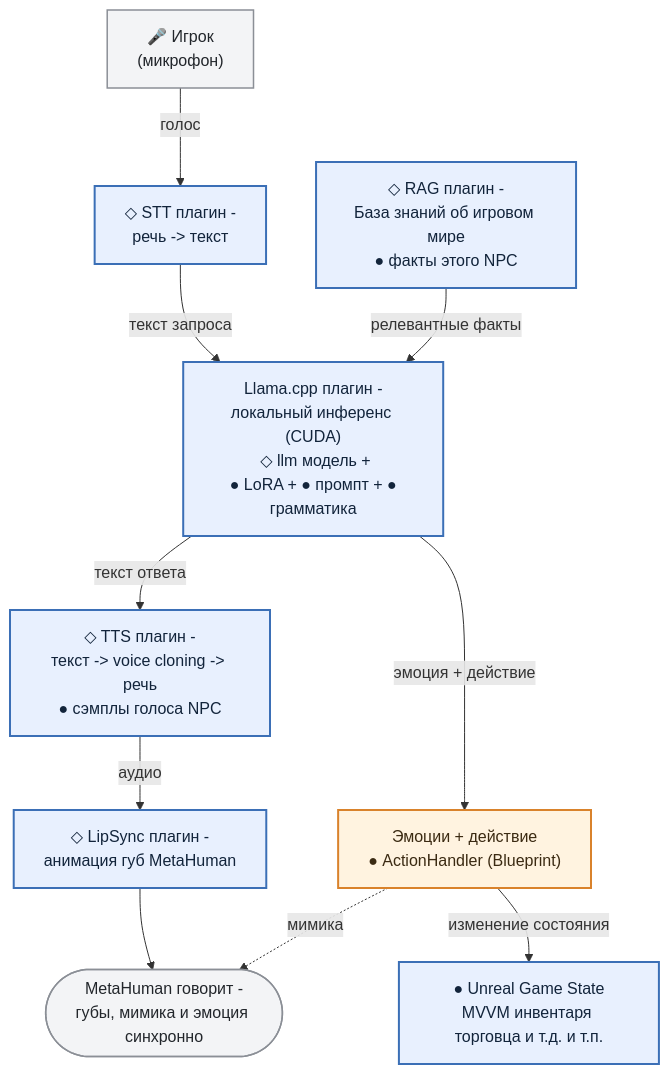
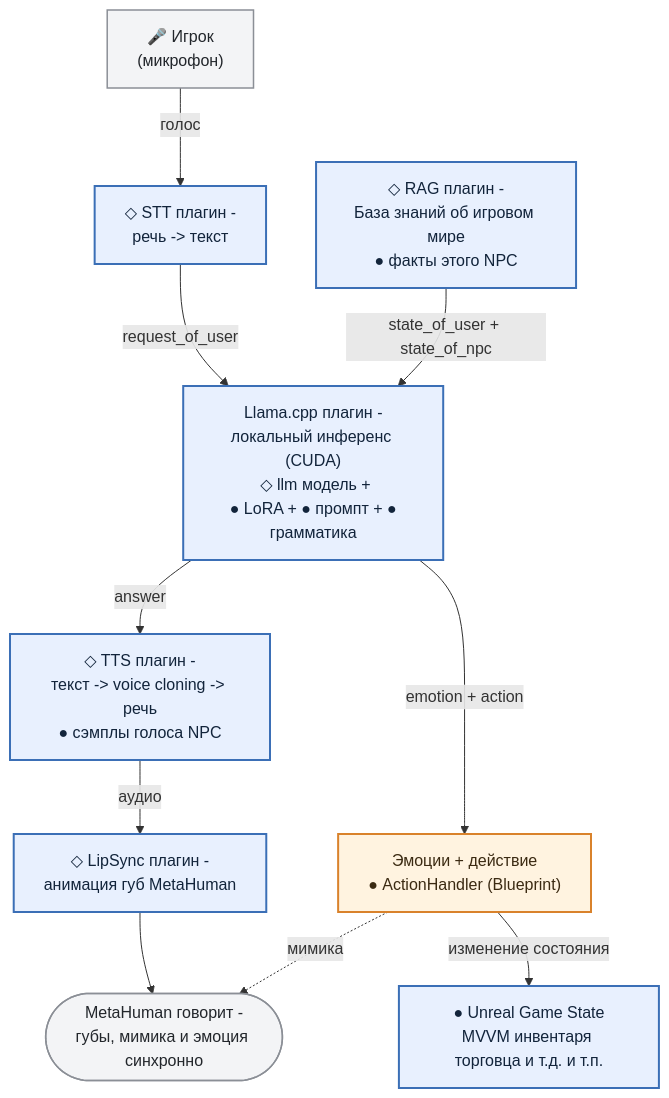
One commit to MimusTriurus/ullama_demo changed the diagram in docs/parts/section-01-overview.md. Above: the diagram before and after it, drawn with Mermaid. The commit also changed other lines of this file and 3 other files, not shown here.

First line of the commit message:
docs: объявить контракт ответа LLM один раз, в разделе 1

````diff
--- a/docs/parts/section-01-overview.md
+++ b/docs/parts/section-01-overview.md
@@ -29,30 +29,30 @@
 ```mermaid
 flowchart TD
     Player["🎤 Игрок<br/>(микрофон)"]
     STT["◇ STT плагин -<br/>речь -> текст"]
     KB["◇ RAG плагин -<br/>База знаний об игровом мире<br/>● факты этого NPC"]
     LLM["Llama.cpp плагин -<br/>локальный инференс (CUDA)<br/> ◇ llm модель +<br/> ● LoRA + ● промпт + ● грамматика"]
     TTS["◇ TTS плагин -<br/>текст -> voice cloning -> речь<br/>● сэмплы голоса NPC"]
     ACT["Эмоции + действие<br/>● ActionHandler (Blueprint)"]
     LS["◇ LipSync плагин -<br/>анимация губ MetaHuman"]
     UI["● Unreal Game State<br/>MVVM инвентаря торговца и т.д. и т.п."]
     OUT(["MetaHuman говорит -<br/>губы, мимика и эмоция синхронно"])
 
     Player -- голос --> STT
-    STT -- текст запроса --> LLM
-    KB -- релевантные факты --> LLM
-    LLM -- текст ответа --> TTS
-    LLM -- "эмоция + действие" --> ACT
+    STT -- "request_of_user" --> LLM
+    KB -- "state_of_user + state_of_npc" --> LLM
+    LLM -- "answer" --> TTS
+    LLM -- "emotion + action" --> ACT
     TTS -- аудио --> LS
     ACT -- изменение состояния --> UI
     LS --> OUT
     ACT -. мимика .-> OUT
 
     classDef frame fill:#e8f0fe,stroke:#3b6fb6,stroke-width:2px,color:#12243b
     classDef swap fill:#fff3e0,stroke:#d9822b,stroke-width:2px,color:#3b2a12
     classDef edge fill:#f3f4f6,stroke:#8b8f96,stroke-width:1.5px,color:#22262b
 
     class STT,KB,LLM,TTS,LS,UI frame
     class ACT swap
     class Player,OUT edge
 ```
````
